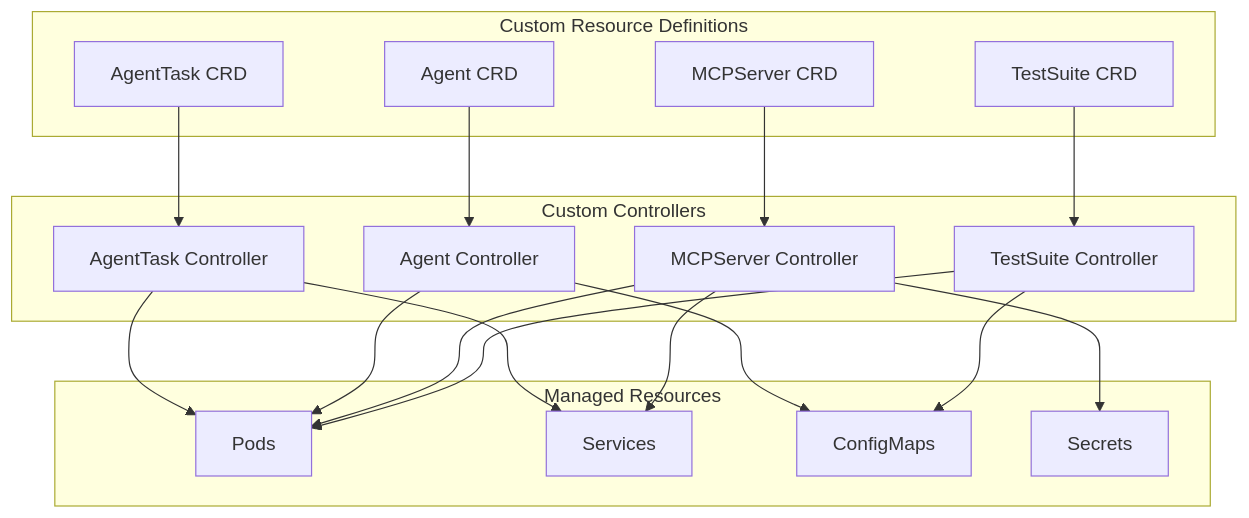
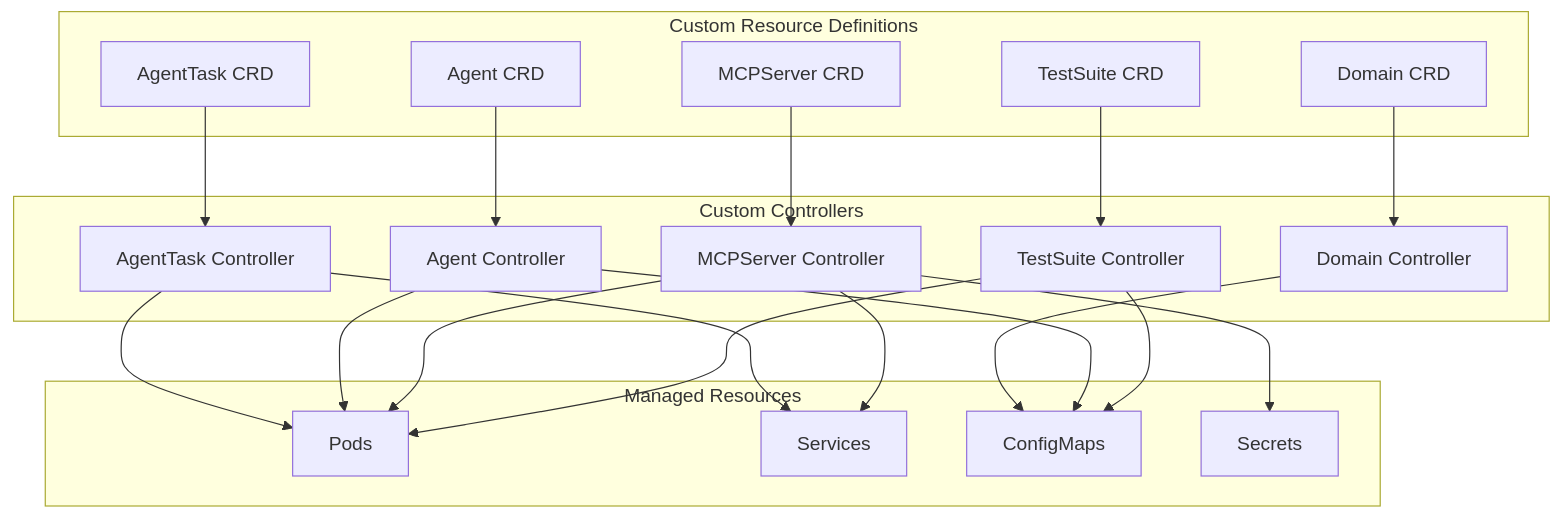
One commit to dshcherbatiuk/forgemaster changed the first of 4 diagrams in docs/arch/05-k8s-deployment.md. Above: the diagram before and after it, drawn with Mermaid. The commit also changed other lines of this file and 21 other files, not shown here.

First line of the commit message:
feat: CSM-101 refactor architecture docs and remove implementation code

````diff
--- a/docs/arch/05-k8s-deployment.md
+++ b/docs/arch/05-k8s-deployment.md
@@ -5,33 +5,37 @@
 ```mermaid
 flowchart TB
     subgraph CRDs["Custom Resource Definitions"]
+        DOM[Domain CRD]
         AT[AgentTask CRD]
         AG[Agent CRD]
         MCP[MCPServer CRD]
         TS[TestSuite CRD]
     end
-    
+
     subgraph Controllers["Custom Controllers"]
+        DOMC[Domain Controller]
         ATC[AgentTask Controller]
         AGC[Agent Controller]
         MCPC[MCPServer Controller]
         TSC[TestSuite Controller]
     end
-    
+
     subgraph Resources["Managed Resources"]
         Pods[Pods]
         SVC[Services]
         CM[ConfigMaps]
         SEC[Secrets]
     end
-    
+
+    DOM --> DOMC
     AT --> ATC
     AG --> AGC
     MCP --> MCPC
     TS --> TSC
-    
+
+    DOMC --> CM
     ATC --> Pods & SVC
     AGC --> Pods & CM
     MCPC --> Pods & SVC & SEC
     TSC --> Pods & CM
 ```
````
